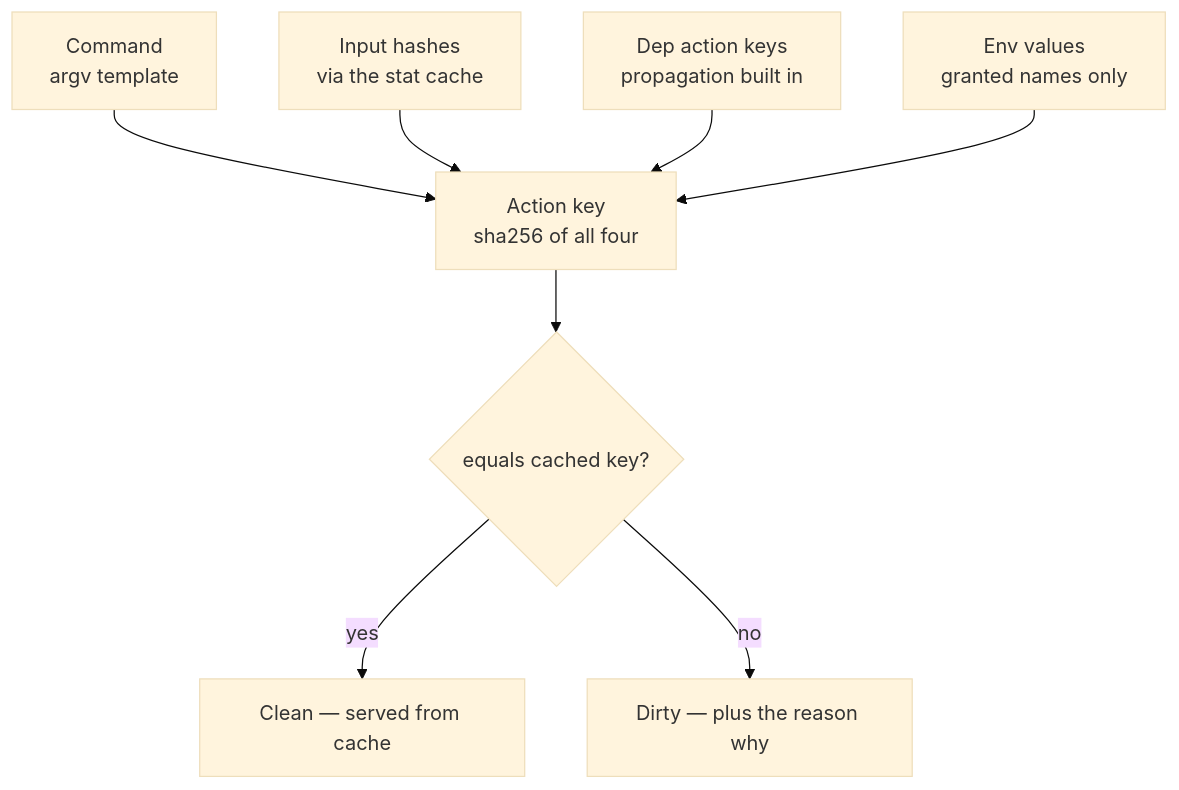
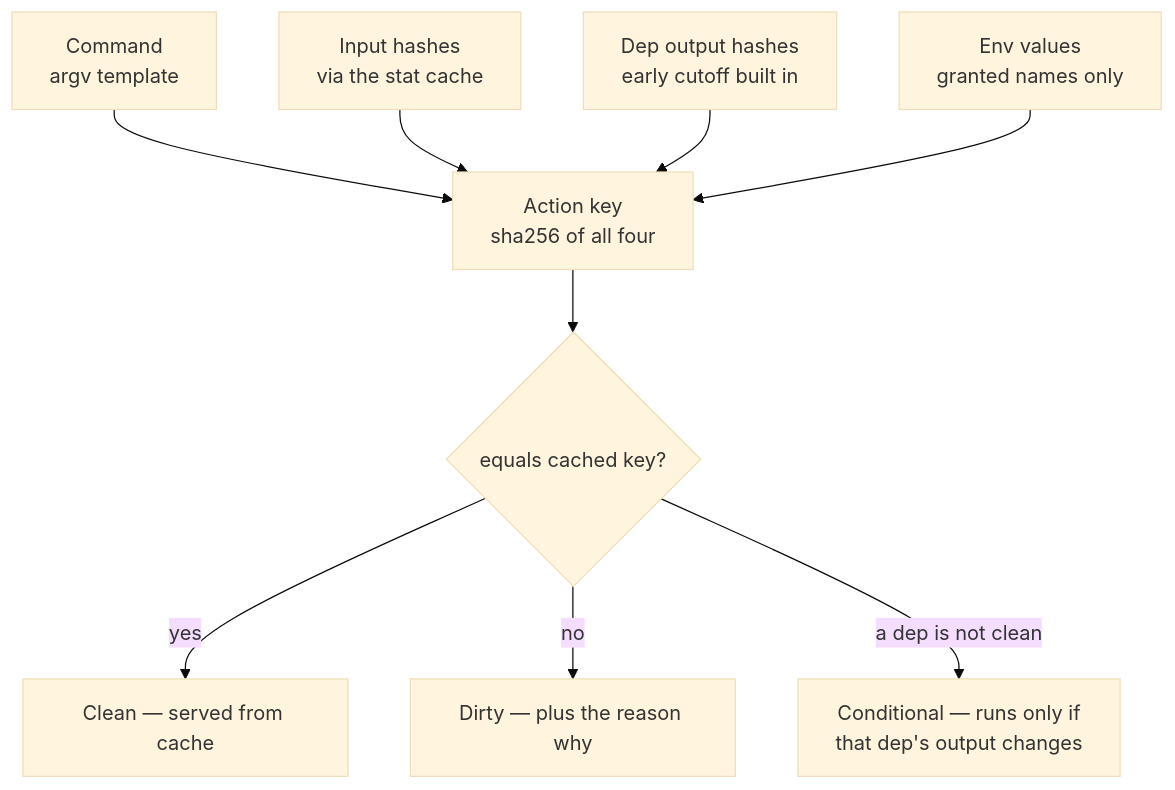
Before and after one commit to airsstack/buildl: the fifth of 13 diagrams in docs/design.md, drawn with Mermaid (base theme). The commit also changed other lines of this file and 60 other files, not shown here.

````diff
--- a/docs/design.md
+++ b/docs/design.md
@@ -225,11 +225,12 @@
 ```mermaid
 %% Action key composition
 graph TD
     CMD["Command<br/>argv template"] --> KEY["Action key<br/>sha256 of all four"]
     IN["Input hashes<br/>via the stat cache"] --> KEY
-    DEP["Dep action keys<br/>propagation built in"] --> KEY
+    DEP["Dep output hashes<br/>early cutoff built in"] --> KEY
     ENV["Env values<br/>granted names only"] --> KEY
     KEY --> CMP{"equals cached key?"}
     CMP -- yes --> CLEAN["Clean — served from cache"]
     CMP -- no --> DIRTY["Dirty — plus the reason why"]
+    CMP -- "a dep is not clean" --> COND["Conditional — runs only if<br/>that dep's output changes"]
 ```
````
